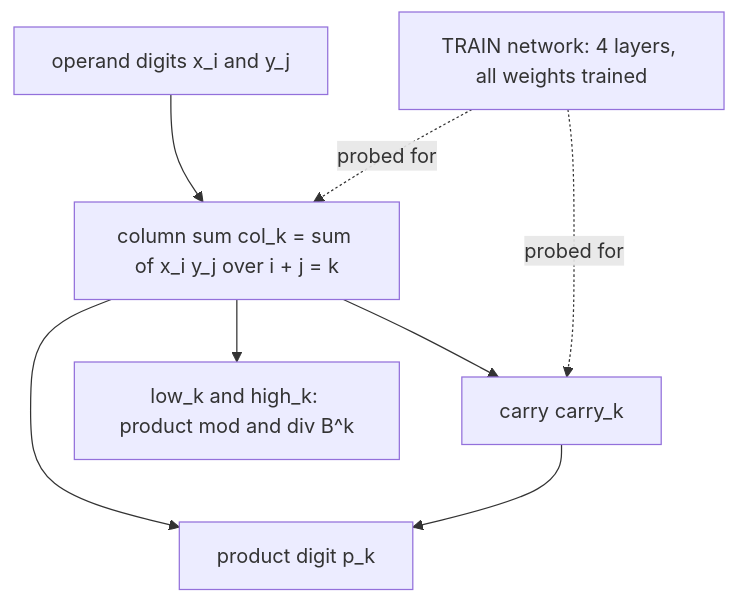
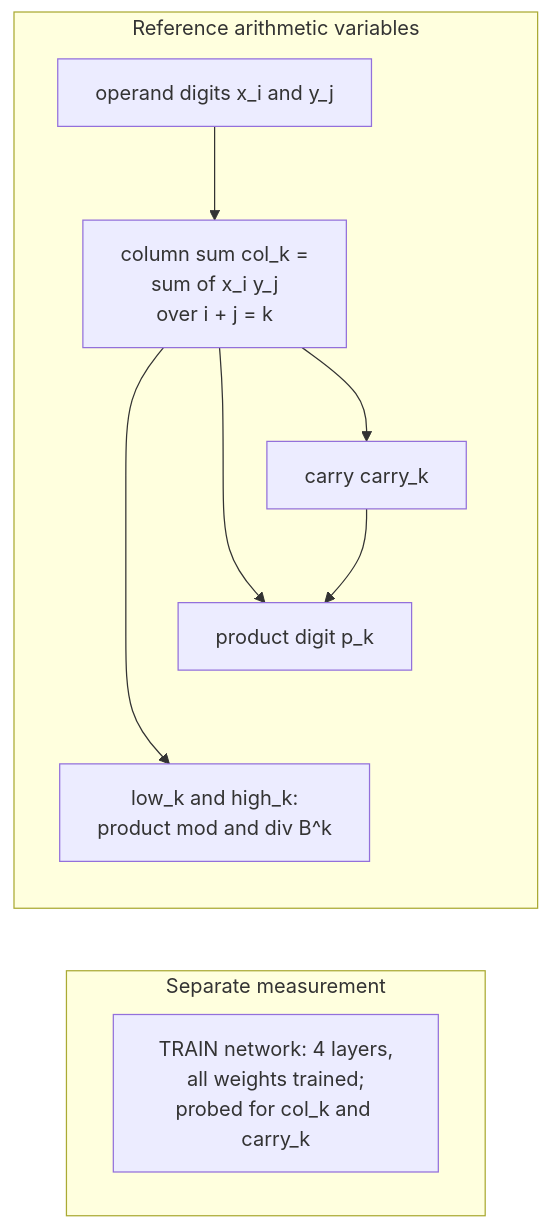
Before and after one commit to jc1122/mechanistic-interpretability-circuit-atlas: the first of 2 diagrams in entries/multiplication-base-order.md, drawn with Mermaid. The commit also changed other lines of this file and 40 other files, not shown here.

First line of the commit message:
Cold-reader pass on all 41 entries: reading routes, first-screen scopes, accessible diagrams, verified headline sources (ux_reader1/2)

````diff
--- a/entries/multiplication-base-order.md
+++ b/entries/multiplication-base-order.md
@@ -79,10 +81,20 @@
 ```mermaid
 flowchart TD
-    X["operand digits x_i and y_j"] --> C["column sum col_k = sum of x_i y_j over i + j = k"]
-    C --> K["carry carry_k"]
-    C --> P["product digit p_k"]
-    K --> P
-    C --> LH["low_k and high_k: product mod and div B^k"]
-    N["TRAIN network: 4 layers, all weights trained"] -.->|"probed for"| C
-    N -.->|"probed for"| K
+    accTitle: Long-multiplication variables used for probes
+    accDescr: A trained network is probed for column sums, carries, product digits and low and high product parts. No hand-built network or PART cell exists for this study; no node is shaded as a PART stage.
+    subgraph VARIABLES["Reference arithmetic variables"]
+        direction TB
+        X["operand digits x_i and y_j"] --> C["column sum col_k =<br/>sum of x_i y_j<br/>over i + j = k"]
+        C --> K["carry carry_k"]
+        C --> P["product digit p_k"]
+        K --> P
+        C --> LH["low_k and high_k:<br/>product mod and div B^k"]
+        %% Invisible link stacks outputs; it is not a computational path.
+        P ~~~ LH
+    end
+    subgraph PROBE["Separate measurement"]
+        N["TRAIN network: 4 layers,<br/>all weights trained;<br/>probed for col_k and carry_k"]
+    end
+    %% Invisible link stacks panels; it is not a computational path.
+    VARIABLES ~~~ PROBE
 ```
````
